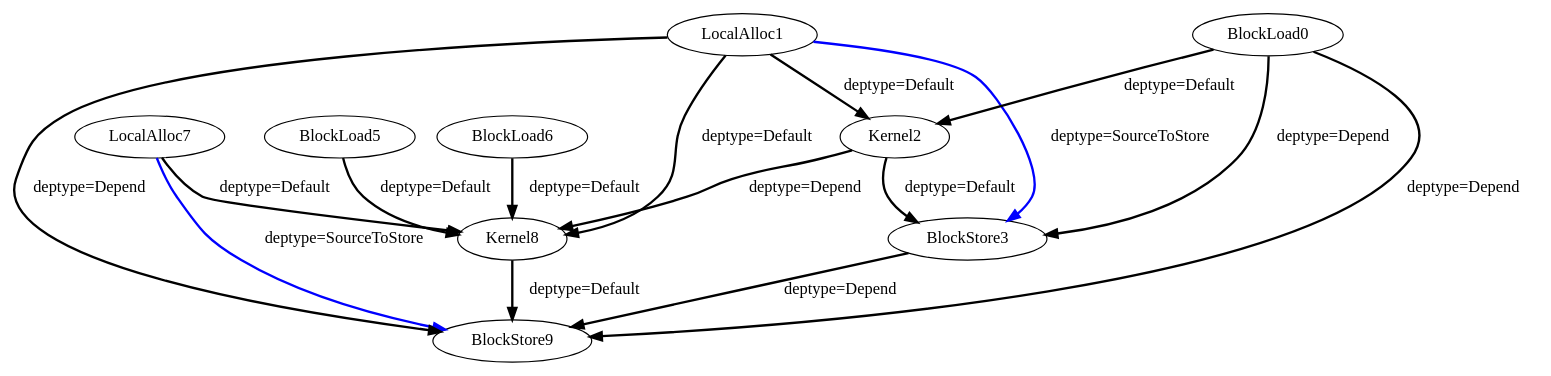
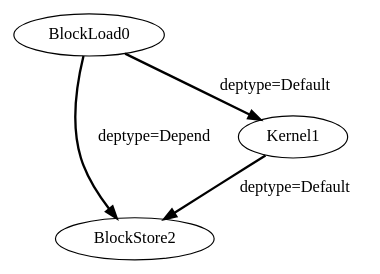
One commit to FDU-ME-ARC/adora-compiler changed the diagram in Block_0_TaskGraph_1.dot. Above: the diagram before and after it, drawn with Graphviz. The commit also changed 2 other files, not shown here.

Commit message:
chore: update task graph dot files, remove stale plan doc

```diff
--- a/Block_0_TaskGraph_1.dot
+++ b/Block_0_TaskGraph_1.dot
@@ -1,26 +1,8 @@
 Digraph G {
-BlockStore9[type = "BlockStoreNode", KernelName = "gemm_opt_1"];
-Kernel8[type = "KernelNode", KernelName = "gemm_opt_1"];
-LocalAlloc7[type = "LocalAllocNode", KernelName = "gemm_opt_1"];
-BlockLoad6[type = "BlockLoadNode", KernelName = "gemm_opt_1"];
-BlockStore3[type = "BlockStoreNode", KernelName = "gemm_opt_0"];
-Kernel2[type = "KernelNode", KernelName = "gemm_opt_0"];
-LocalAlloc1[type = "LocalAllocNode", KernelName = "gemm_opt_0+gemm_opt_1"];
-BlockLoad5[type = "BlockLoadNode", KernelName = "gemm_opt_1"];
-BlockLoad0[type = "BlockLoadNode", KernelName = "gemm_opt_0"];
-BlockLoad0 -> Kernel2[color = black, style = bold, deptype = Default, label = "deptype=Default"];
-BlockLoad0 -> BlockStore3[color = black, style = bold, deptype = Depend, label = "deptype=Depend"];
-BlockLoad0 -> BlockStore9[color = black, style = bold, deptype = Depend, label = "deptype=Depend"];
-LocalAlloc1 -> Kernel2[color = black, style = bold, deptype = Default, label = "deptype=Default"];
-LocalAlloc1 -> BlockStore3[color = blue, style = bold, deptype = SourceToStore, label = "deptype=SourceToStore"];
-LocalAlloc1 -> Kernel8[color = black, style = bold, deptype = Default, label = "deptype=Default"];
-LocalAlloc1 -> BlockStore9[color = black, style = bold, deptype = Depend, label = "deptype=Depend"];
-Kernel2 -> BlockStore3[color = black, style = bold, deptype = Default, label = "deptype=Default"];
-Kernel2 -> Kernel8[color = black, style = bold, deptype = Depend, label = "deptype=Depend"];
-BlockStore3 -> BlockStore9[color = black, style = bold, deptype = Depend, label = "deptype=Depend"];
-BlockLoad5 -> Kernel8[color = black, style = bold, deptype = Default, label = "deptype=Default"];
-BlockLoad6 -> Kernel8[color = black, style = bold, deptype = Default, label = "deptype=Default"];
-LocalAlloc7 -> Kernel8[color = black, style = bold, deptype = Default, label = "deptype=Default"];
-LocalAlloc7 -> BlockStore9[color = blue, style = bold, deptype = SourceToStore, label = "deptype=SourceToStore"];
-Kernel8 -> BlockStore9[color = black, style = bold, deptype = Default, label = "deptype=Default"];
+BlockStore2[type = "BlockStoreNode", KernelName = "chain_0"];
+Kernel1[type = "KernelNode", KernelName = "chain_0"];
+BlockLoad0[type = "BlockLoadNode"];
+BlockLoad0 -> Kernel1[color = black, style = bold, deptype = Default, label = "deptype=Default"];
+BlockLoad0 -> BlockStore2[color = black, style = bold, deptype = Depend, label = "deptype=Depend"];
+Kernel1 -> BlockStore2[color = black, style = bold, deptype = Default, label = "deptype=Default"];
 }
```
